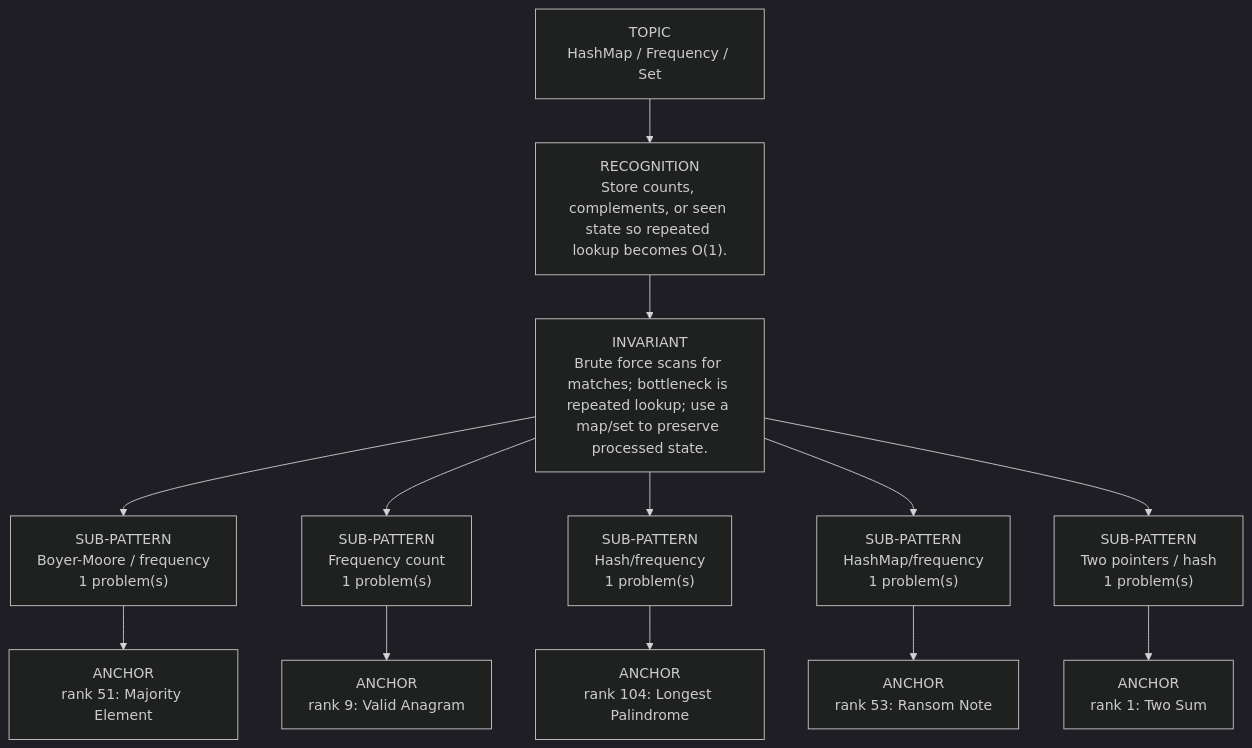
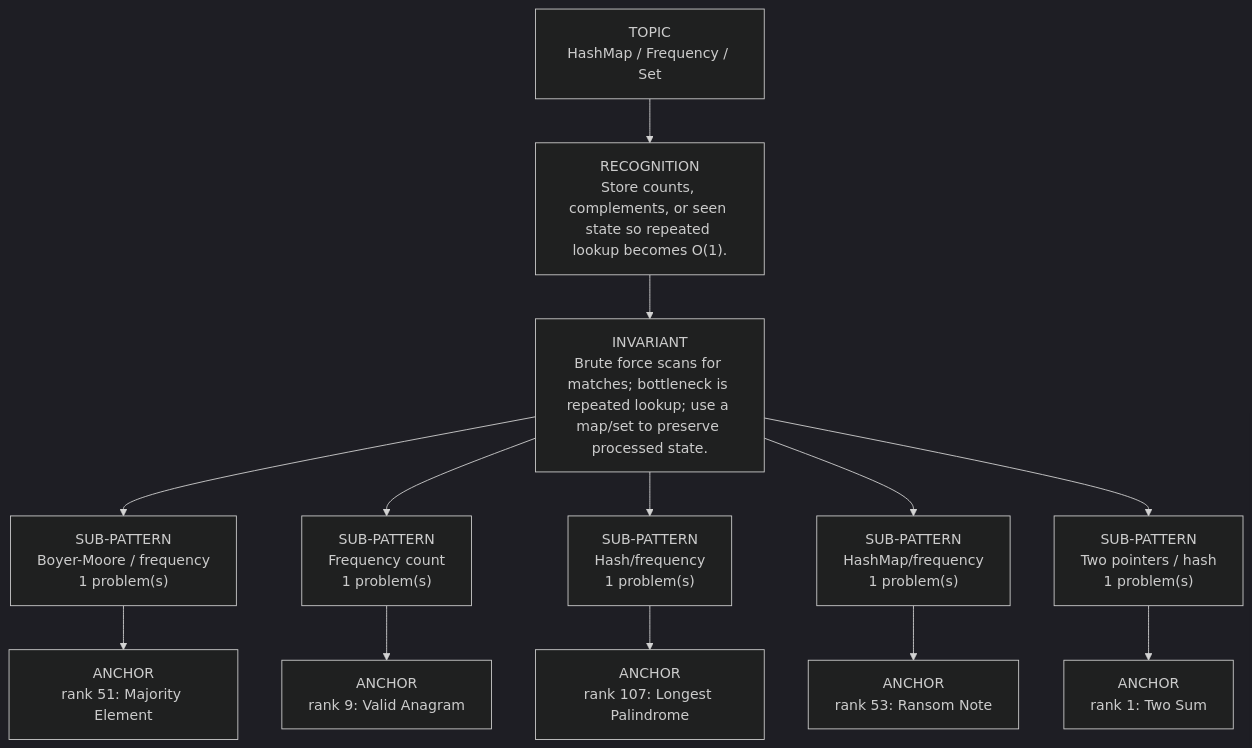
The diagram in dsa-review/interview/patterns/01_hashmap_hashset.md (thechiranjeevjain/DSA10days), drawn with Mermaid (dark theme) before and after one commit. The commit also changed other lines of this file and 51 other files, not shown here.

````diff
--- a/dsa-review/interview/patterns/01_hashmap_hashset.md
+++ b/dsa-review/interview/patterns/01_hashmap_hashset.md
@@ -15,17 +15,17 @@
 ```mermaid
 flowchart TD
   Topic["TOPIC<br/>HashMap / Frequency / Set"]
   Recognition["RECOGNITION<br/>Store counts, complements, or seen state so repeated lookup becomes O(1)."]
   Invariant["INVARIANT<br/>Brute force scans for matches; bottleneck is repeated lookup; use a map/set to preserve processed state."]
   Topic --> Recognition --> Invariant
   Invariant --> Sub01["SUB-PATTERN<br/>Boyer-Moore / frequency<br/>1 problem(s)"]
   Sub01 --> Sub01A01["ANCHOR<br/>rank 51: Majority Element"]
   Invariant --> Sub02["SUB-PATTERN<br/>Frequency count<br/>1 problem(s)"]
   Sub02 --> Sub02A01["ANCHOR<br/>rank 9: Valid Anagram"]
   Invariant --> Sub03["SUB-PATTERN<br/>Hash/frequency<br/>1 problem(s)"]
-  Sub03 --> Sub03A01["ANCHOR<br/>rank 104: Longest Palindrome"]
+  Sub03 --> Sub03A01["ANCHOR<br/>rank 107: Longest Palindrome"]
   Invariant --> Sub04["SUB-PATTERN<br/>HashMap/frequency<br/>1 problem(s)"]
   Sub04 --> Sub04A01["ANCHOR<br/>rank 53: Ransom Note"]
   Invariant --> Sub05["SUB-PATTERN<br/>Two pointers / hash<br/>1 problem(s)"]
   Sub05 --> Sub05A01["ANCHOR<br/>rank 1: Two Sum"]
 ```
````
